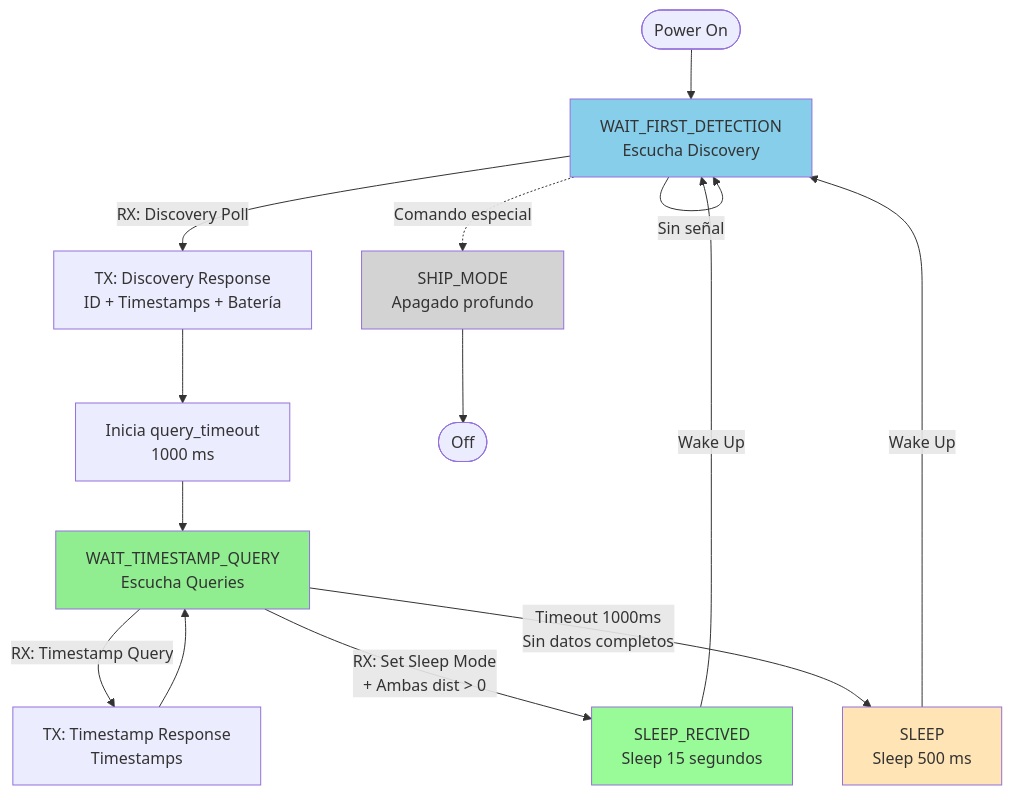
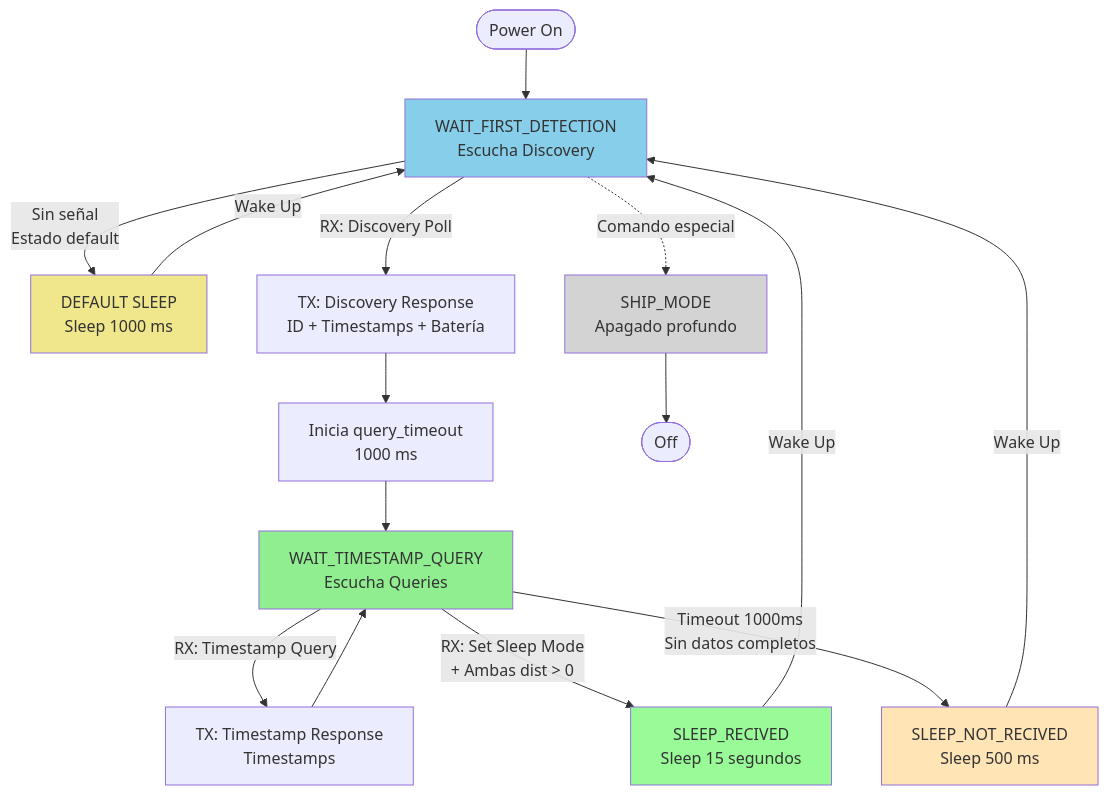
One commit to uqomm/fw-SmartTag changed the second of 5 diagrams in documentos/DIAGRAMAS_ESTADO_MERMAID.md. Above: the diagram before and after it, drawn with Mermaid. The commit also changed other lines of this file and 2 other files, not shown here.

````diff
--- a/documentos/DIAGRAMAS_ESTADO_MERMAID.md
+++ b/documentos/DIAGRAMAS_ESTADO_MERMAID.md
@@ -58,28 +58,30 @@
 ```mermaid
 flowchart TD
     Start([Power On]) --> WaitFirst[WAIT_FIRST_DETECTION<br/>Escucha Discovery]
     
-    WaitFirst -->|Sin señal| WaitFirst
+    WaitFirst -->|Sin señal<br/>Estado default| SleepDefault[DEFAULT SLEEP<br/>Sleep 1000 ms]
     WaitFirst -->|RX: Discovery Poll| RespondDiscovery[TX: Discovery Response<br/>ID + Timestamps + Batería]
     
     RespondDiscovery --> StartTimer[Inicia query_timeout<br/>1000 ms]
     StartTimer --> WaitQuery[WAIT_TIMESTAMP_QUERY<br/>Escucha Queries]
     
     WaitQuery -->|RX: Timestamp Query| RespondQuery[TX: Timestamp Response<br/>Timestamps]
     RespondQuery --> WaitQuery
     
     WaitQuery -->|RX: Set Sleep Mode<br/>+ Ambas dist > 0| SleepSuccess[SLEEP_RECIVED<br/>Sleep 15 segundos]
-    WaitQuery -->|Timeout 1000ms<br/>Sin datos completos| SleepFail[SLEEP<br/>Sleep 500 ms]
+    WaitQuery -->|Timeout 1000ms<br/>Sin datos completos| SleepFail[SLEEP_NOT_RECIVED<br/>Sleep 500 ms]
     
     SleepSuccess -->|Wake Up| WaitFirst
     SleepFail -->|Wake Up| WaitFirst
+    SleepDefault -->|Wake Up| WaitFirst
     
     WaitFirst -.->|Comando especial| ShipMode[SHIP_MODE<br/>Apagado profundo]
     ShipMode --> End([Off])
     
     style WaitFirst fill:#87CEEB
     style WaitQuery fill:#90EE90
     style SleepSuccess fill:#98FB98
     style SleepFail fill:#FFE4B5
+    style SleepDefault fill:#F0E68C
     style ShipMode fill:#D3D3D3
 ```
````
